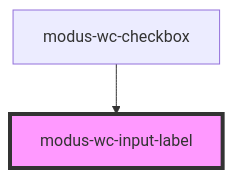
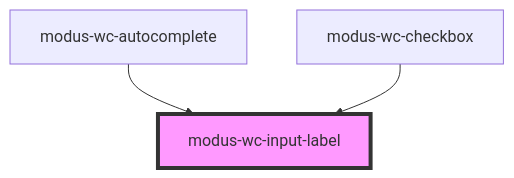
Before and after one commit to trimble-oss/modus-wc-2.0: the diagram in src/components/atoms/modus-wc-input-label/readme.md, drawn with Mermaid. The commit also changed other lines of this file and 9 other files, not shown here.

Commit message:
feat: add input label to autocomplete

````diff
--- a/src/components/atoms/modus-wc-input-label/readme.md
+++ b/src/components/atoms/modus-wc-input-label/readme.md
@@ -35,5 +36,6 @@
 ```mermaid
 graph TD;
+  modus-wc-autocomplete --> modus-wc-input-label
   modus-wc-checkbox --> modus-wc-input-label
   style modus-wc-input-label fill:#f9f,stroke:#333,stroke-width:4px
 ```
````
